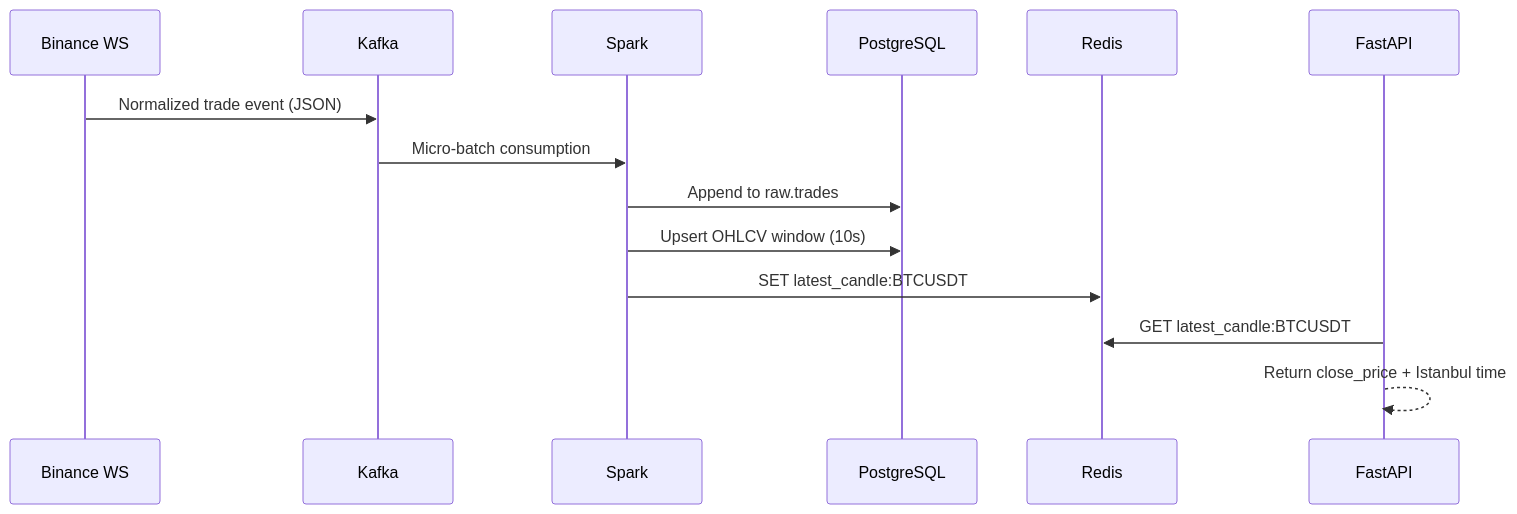
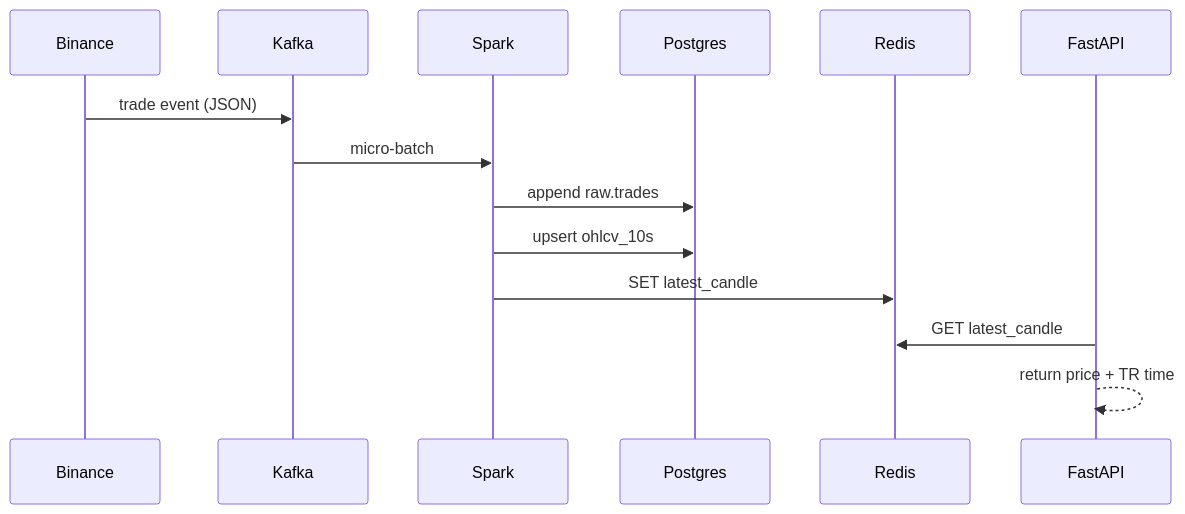
One commit to Berkeaziz/real-time-crypto-analytics-platform changed the second of 3 diagrams in README.md. Above: the diagram before and after it, drawn with Mermaid. The commit also changed other lines of this file, not shown here.

Commit message:
Refactor architecture diagrams and improve clarity in README.md

````diff
--- a/README.md
+++ b/README.md
@@ -47,17 +45,17 @@
 ```mermaid
+%%{init: {"themeVariables": {"fontSize": "13px"}} }%%
 sequenceDiagram
-    participant B as Binance WS
+    participant B as Binance
     participant K as Kafka
     participant S as Spark
-    participant PG as PostgreSQL
+    participant PG as Postgres
     participant R as Redis
-    participant API as FastAPI
-
-    B->>K: Normalized trade event (JSON)
-    K->>S: Micro-batch consumption
-    S->>PG: Append to raw.trades
-    S->>PG: Upsert OHLCV window (10s)
-    S->>R: SET latest_candle:BTCUSDT
-    API->>R: GET latest_candle:BTCUSDT
-    API-->>API: Return close_price + Istanbul time
+    participant A as FastAPI
+    B->>K: trade event (JSON)
+    K->>S: micro-batch
+    S->>PG: append raw.trades
+    S->>PG: upsert ohlcv_10s
+    S->>R: SET latest_candle
+    A->>R: GET latest_candle
+    A-->>A: return price + TR time
 ```
````
